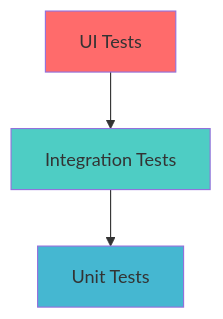
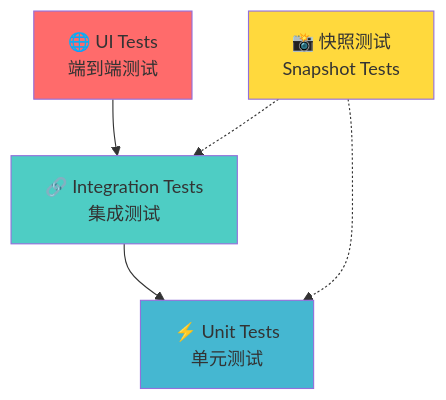
Before and after one commit to lynzz/vitest-demo: the first of 4 diagrams in slides.md, drawn with Mermaid. The commit also changed other lines of this file and 10 other files, not shown here.

````diff
--- a/slides.md
+++ b/slides.md
@@ -111,9 +111,13 @@
-```mermaid {scale: 0.8}
+```mermaid {scale: 0.9}
 graph TD
-    A[UI Tests] --> B[Integration Tests]
-    B --> C[Unit Tests]
+    A["🌐 UI Tests<br/>端到端测试"] --> B["🔗 Integration Tests<br/>集成测试"]
+    B --> C["⚡ Unit Tests<br/>单元测试"]
+    
+    D["📸 快照测试<br/>Snapshot Tests"] -.-> C
+    D -.-> B
     
     style A fill:#ff6b6b
     style B fill:#4ecdc4
     style C fill:#45b7d1
+    style D fill:#ffd93d
 ```
````
